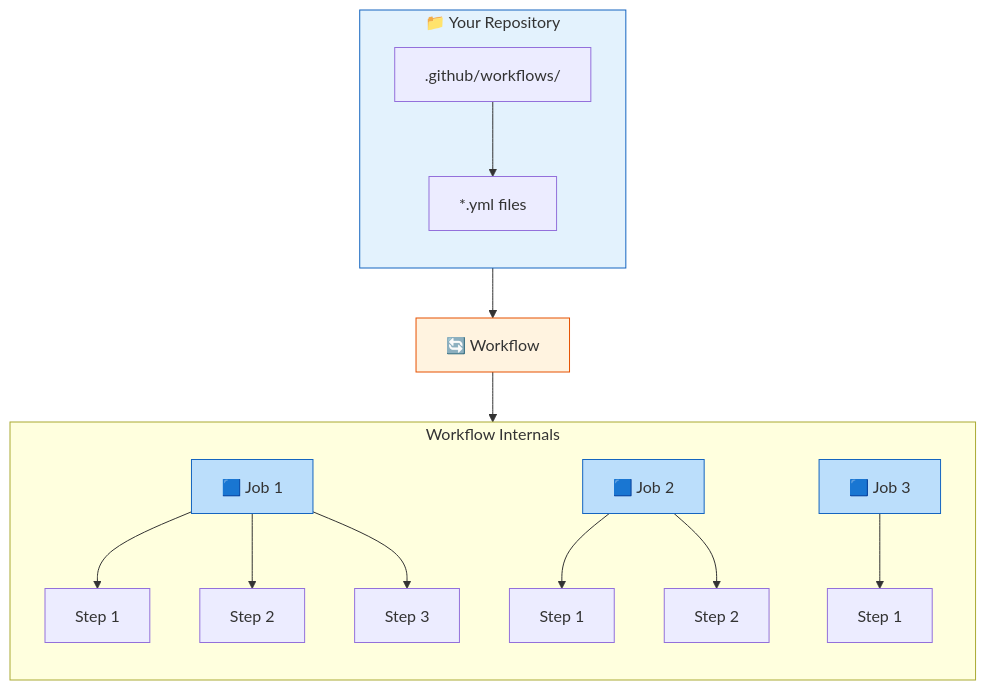
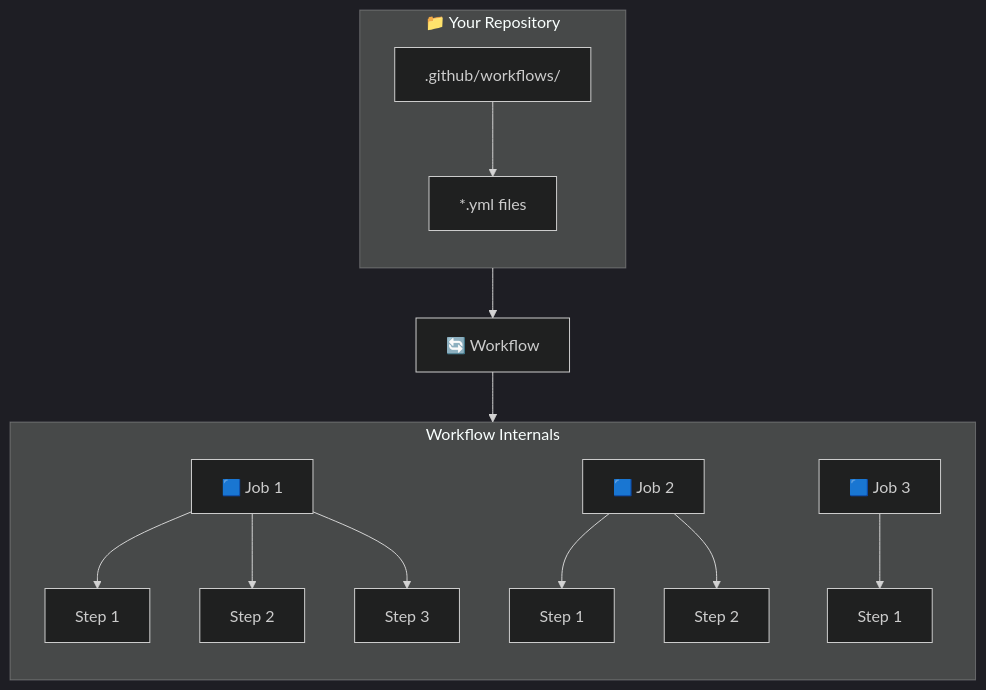
Before and after one commit to vishutyagi0210/github-ci-cd-with-labs: the first of 2 diagrams in 01-workflow-fundamentals/README.md, drawn with Mermaid. The commit also changed other lines of this file and 13 other files, not shown here.

Commit message:
fix: switch all mermaid diagrams to dark theme for better readability

````diff
--- a/01-workflow-fundamentals/README.md
+++ b/01-workflow-fundamentals/README.md
@@ -9,33 +9,29 @@
 ```mermaid
+%%{init: {"theme": "dark"}}%%
 graph TD
     subgraph REPO["📁 Your Repository"]
         direction TB
         GH[".github/workflows/"] --> YML["*.yml files"]
     end
 
     YML --> WF["🔄 Workflow"]
 
     subgraph WF_INNER["Workflow Internals"]
         direction TB
         J1["🟦 Job 1"]
         J2["🟦 Job 2"]
         J3["🟦 Job 3"]
 
         J1 --> S1A["Step 1"]
         J1 --> S1B["Step 2"]
         J1 --> S1C["Step 3"]
 
         J2 --> S2A["Step 1"]
         J2 --> S2B["Step 2"]
 
         J3 --> S3A["Step 1"]
     end
 
     WF --> WF_INNER
 
-    style REPO fill:#e3f2fd,stroke:#1565c0
-    style WF fill:#fff3e0,stroke:#e65100
-    style J1 fill:#bbdefb,stroke:#1565c0
-    style J2 fill:#bbdefb,stroke:#1565c0
-    style J3 fill:#bbdefb,stroke:#1565c0
 ```
````
